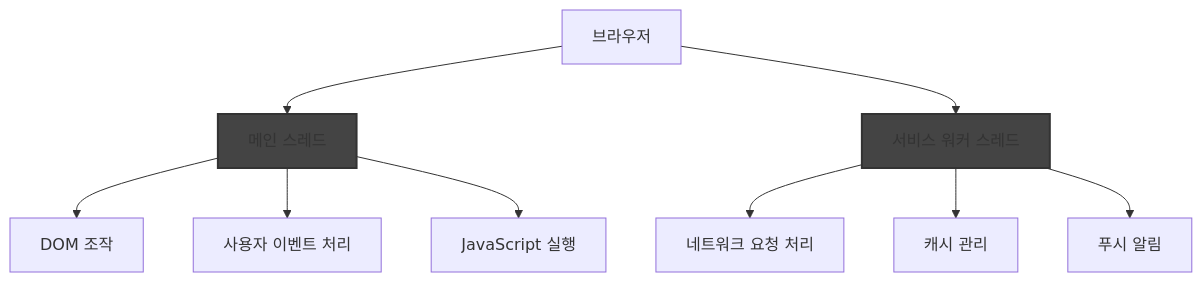
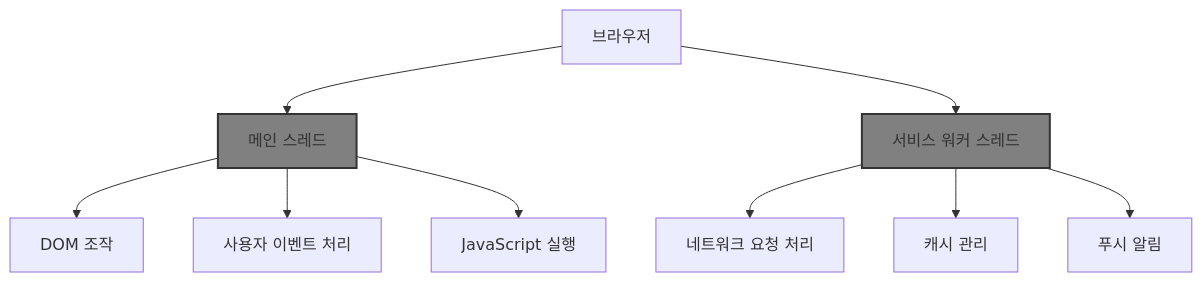
One commit to KalGookSoo/service-worker-basic changed the first of 4 diagrams in chapters/01-2_service_worker_characteristics.md. Above: the diagram before and after it, drawn with Mermaid. The commit also changed other lines of this file and 3 other files, not shown here.

First line of the commit message:
docs: 다이어그램 스타일 색상 업데이트

````diff
--- a/chapters/01-2_service_worker_characteristics.md
+++ b/chapters/01-2_service_worker_characteristics.md
@@ -20,16 +20,16 @@
 ```mermaid
 graph TD
     A[브라우저] --> B[메인 스레드]
     A --> C[서비스 워커 스레드]
     
     B --> D[DOM 조작]
     B --> E[사용자 이벤트 처리]
     B --> F[JavaScript 실행]
     
     C --> G[네트워크 요청 처리]
     C --> H[캐시 관리]
     C --> I[푸시 알림]
     
-    style C fill:#444,stroke:#333,stroke-width:2px
-    style B fill:#444,stroke:#333,stroke-width:2px
+    style C fill:#808080,stroke:#333,stroke-width:2px
+    style B fill:#808080,stroke:#333,stroke-width:2px
 ```
````
